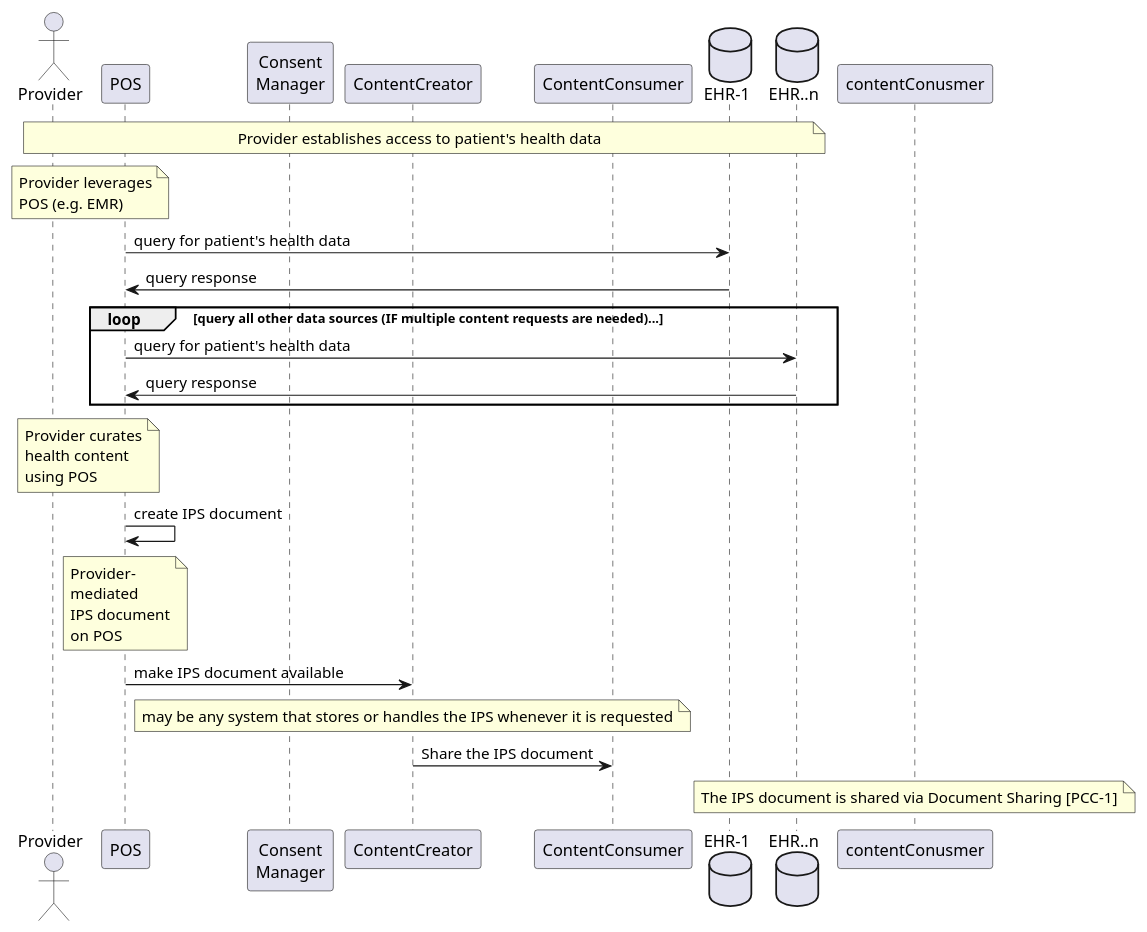
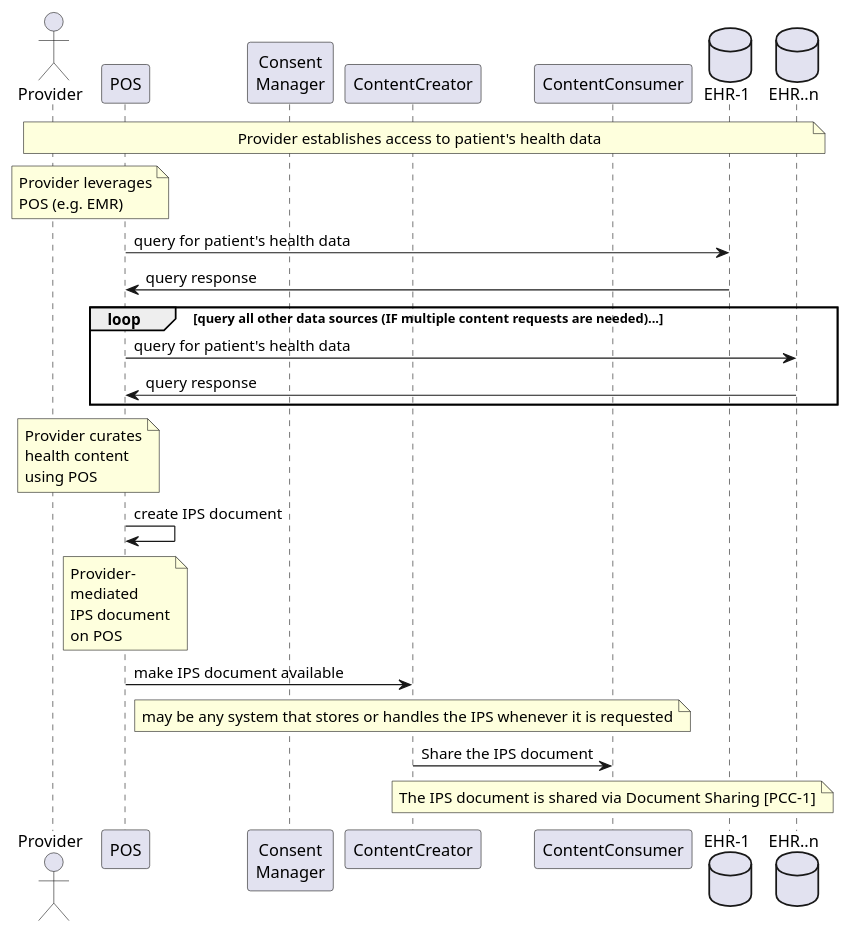
Before and after one commit to IHE/PCC.FIIO: the diagram in input/images-source/usecase2-processflow.plantuml, drawn with PlantUML. The commit also changed 3 other files, not shown here.

Commit message:
plant uml file update

```diff
--- a/input/images-source/usecase2-processflow.plantuml
+++ b/input/images-source/usecase2-processflow.plantuml
@@ -1,34 +1,34 @@
 @startuml
 actor Provider as pr
 
 participant POS as p
 participant "Consent\nManager" as c
 participant "ContentCreator" as contentCreator
 participant "ContentConsumer" as contentConsumer
 
 database "EHR-1" as e1
 database "EHR..n" as en
 
 note over pr, en: Provider establishes access to patient's health data​
 note over pr, p: Provider leverages\nPOS (e.g. EMR)​
 
 p -> e1: query for patient's health data​
 
 e1 -> p: query response​
 loop query all other data sources (IF multiple content requests are needed)...
 
 p -> en: query for patient's health data​
 en -> p: query response​
 
 end loop
 note over pr, p: Provider curates\nhealth content\nusing POS​
 
 p -> p: create IPS document​
 note over p: Provider-\nmediated\nIPS document\non POS​
 
 p -> contentCreator: make IPS document available
 note over contentCreator: may be any system that stores or handles the IPS whenever it is requested 
 
 contentCreator -> contentConsumer: Share the IPS document
-note over contentConusmer: The IPS document is shared via Document Sharing [PCC-1] 
+note over contentConsumer: The IPS document is shared via Document Sharing [PCC-1] 
 @enduml
```
